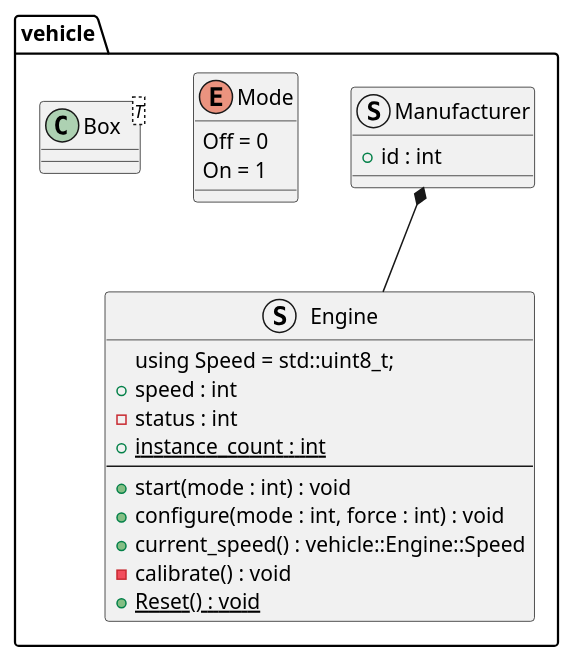
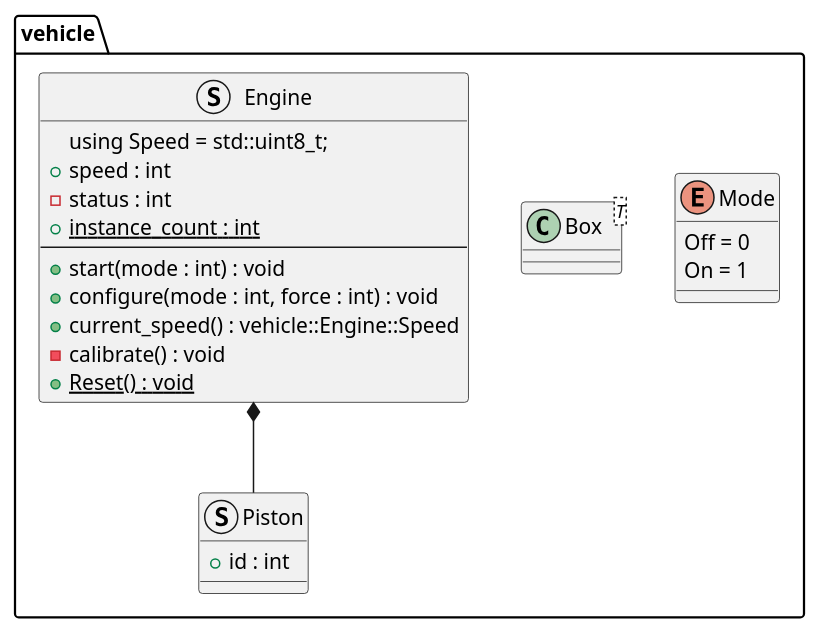
The diagram in validation/core/integration_test/class_design_implementation/positive_class_features/class_diagram.puml (eclipse-score/tooling), drawn with PlantUML before and after one commit. The commit also changed 19 other files, not shown here.

First line of the commit message:
fix(plantuml): correct composition and aggregation direction

```diff
--- a/validation/core/integration_test/class_design_implementation/positive_class_features/class_diagram.puml
+++ b/validation/core/integration_test/class_design_implementation/positive_class_features/class_diagram.puml
@@ -14,31 +14,31 @@
 @startuml
 
 package vehicle {
-    struct Manufacturer {
+    struct Piston {
         + id : int
     }
 
     enum Mode {
         Off = 0
         On = 1
     }
 
     class Box<T>
 
     struct Engine {
         using Speed = std::uint8_t;
         + speed : int
         - status : int
         {static} + instance_count : int
         --
         + start(mode : int) : void
         + configure(mode : int, force : int) : void
         + current_speed() : vehicle::Engine::Speed
         - calibrate() : void
         + {static} Reset() : void
     }
 
-    Manufacturer *-- Engine
+    Engine *-- Piston
 }
 
 @enduml
```
